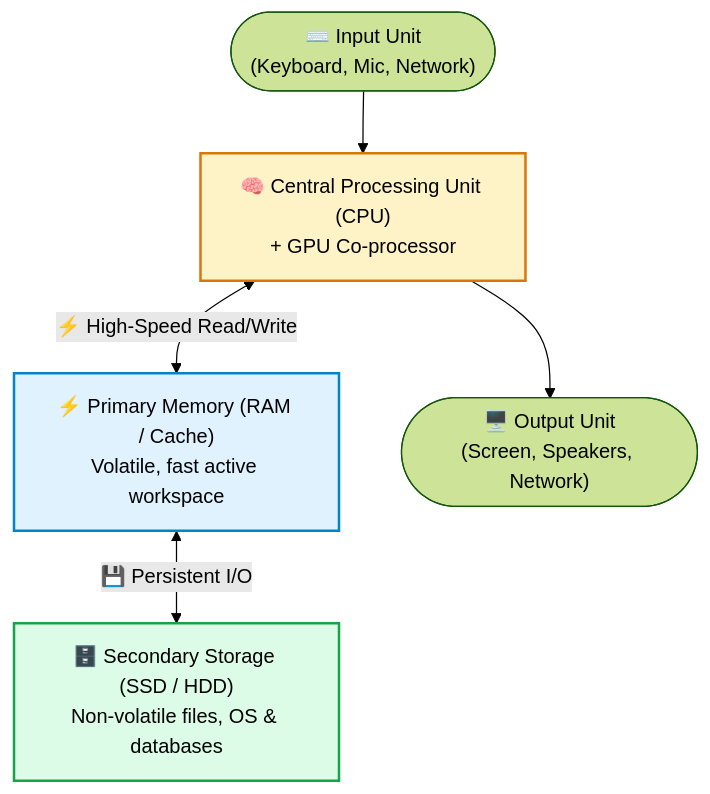
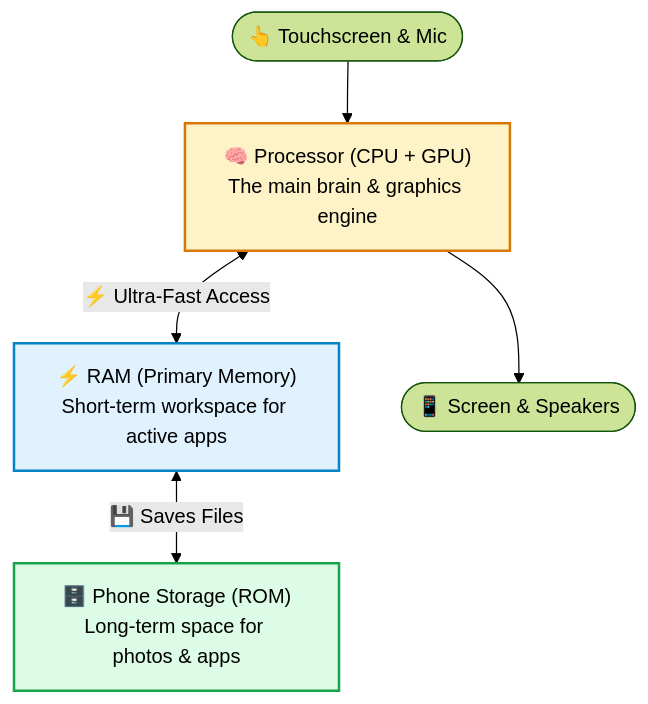
Before and after one commit to Mcc-Mak/kenya-digitalhub-ai-web-dev: the third of 7 diagrams in BLUEPRINT.md, drawn with Mermaid (forest theme). The commit also changed other lines of this file, not shown here.

````diff
--- a/BLUEPRINT.md
+++ b/BLUEPRINT.md
@@ -75,14 +71,13 @@
 ```mermaid
 flowchart TD
-    Input(["⌨️ Input Unit<br/>(Keyboard, Mic, Network)"]) --> CPU
+    Input(["👆 Touchscreen & Mic"]) --> Chip
     
-    CPU["🧠 Central Processing Unit (CPU)<br/>+ GPU Co-processor"] <-->|"⚡ High-Speed Read/Write"| Memory["⚡ Primary Memory (RAM / Cache)<br/>Volatile, fast active workspace"]
-    Memory <-->|"💾 Persistent I/O"| Storage["🗄️ Secondary Storage (SSD / HDD)<br/>Non-volatile files, OS & databases"]
-    CPU --> Output(["🖥️ Output Unit<br/>(Screen, Speakers, Network)"])
+    Chip["🧠 Processor (CPU + GPU)<br/>The main brain & graphics engine"] <-->|"⚡ Ultra-Fast Access"| RAM["⚡ RAM (Primary Memory)<br/>Short-term workspace for active apps"]
+    RAM <-->|"💾 Saves Files"| Storage["🗄️ Phone Storage (ROM)<br/>Long-term space for photos & apps"]
+    Chip --> Output(["📱 Screen & Speakers"])
 
-    style CPU fill:#fef3c7,stroke:#d97706,stroke-width:2px
-    style Memory fill:#e0f2fe,stroke:#0284c7,stroke-width:2px
+    style Chip fill:#fef3c7,stroke:#d97706,stroke-width:2px
+    style RAM fill:#e0f2fe,stroke:#0284c7,stroke-width:2px
     style Storage fill:#dcfce7,stroke:#16a34a,stroke-width:2px
 
-
 ```
````
